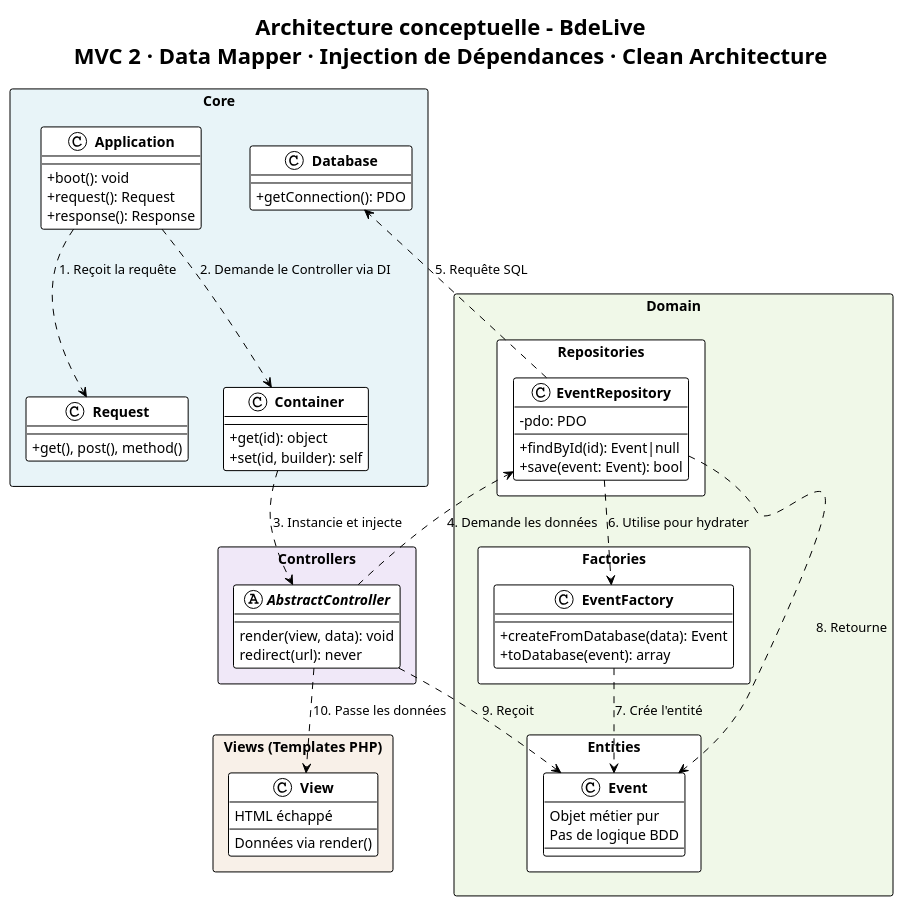
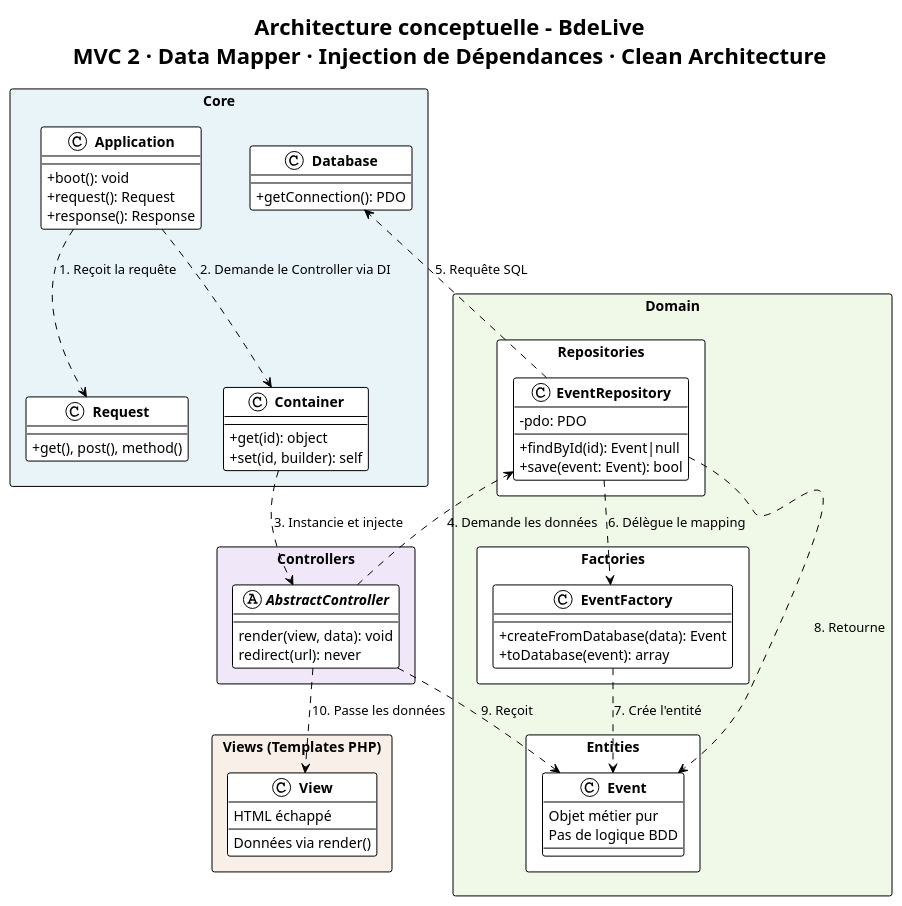
Before and after one commit to AHAMED-Nasser/BdeLive: the diagram in docs/diagramme-classes.puml, drawn with PlantUML.

Commit message:
docs: update class diagram in diagramme-classes.puml
- Modified the relationship description between EventRepository and EventFactory for clarity.
- Changed "Utilise pour hydrater" to "Délègue le mapping" to better reflect the mapping responsibility in the architecture.
- Ensured the diagram remains aligned with current architectural concepts.

```diff
--- a/docs/diagramme-classes.puml
+++ b/docs/diagramme-classes.puml
@@ -1,80 +1,80 @@
 @startuml
 !theme plain
 skinparam classAttributeIconSize 0
 skinparam classFontStyle bold
 skinparam packageStyle rectangle
 
 title Architecture conceptuelle - BdeLive\nMVC 2 · Data Mapper · Injection de Dépendances · Clean Architecture
 
 ' ==================== COUCHE CORE ====================
 package "Core" #E8F4F8 {
   class Application {
     + boot(): void
     + request(): Request
     + response(): Response
   }
   class Request {
     + get(), post(), method()
   }
   class Container {
     + get(id): object
     + set(id, builder): self
   }
   class Database {
     + getConnection(): PDO
   }
 }
 
 ' ==================== COUCHE CONTROLLERS ====================
 package "Controllers" #F0E8F8 {
   abstract class AbstractController {
      render(view, data): void
      redirect(url): never
   }
 }
 
 ' ==================== COUCHE VIEWS ====================
 package "Views (Templates PHP)" #F8F0E8 {
   class View {
     Données via render()
     HTML échappé
   }
 }
 
 ' ==================== COUCHE DOMAIN (exemple Event) ====================
 package "Domain" #F0F8E8 {
   package "Repositories" {
     class EventRepository {
       - pdo: PDO
       + findById(id): Event|null
       + save(event: Event): bool
     }
   }
   package "Factories" {
     class EventFactory {
       + createFromDatabase(data): Event
       + toDatabase(event): array
     }
   }
   package "Entities" {
     class Event {
       Objet métier pur
       Pas de logique BDD
     }
   }
 }
 
 ' ==================== FLUX - CLEAN ARCHITECTURE (..> = dépendance) ====================
 Application ..> Request : 1. Reçoit la requête
 Application ..> Container : 2. Demande le Controller via DI
 Container ..> AbstractController : 3. Instancie et injecte
 
 AbstractController ..> EventRepository : 4. Demande les données
 EventRepository ..> Database : 5. Requête SQL
-EventRepository ..> EventFactory : 6. Utilise pour hydrater
+EventRepository ..> EventFactory : 6. Délègue le mapping
 EventFactory ..> Event : 7. Crée l'entité
 
 EventRepository ..> Event : 8. Retourne
 AbstractController ..> Event : 9. Reçoit
 AbstractController ..> View : 10. Passe les données
 @enduml
```
